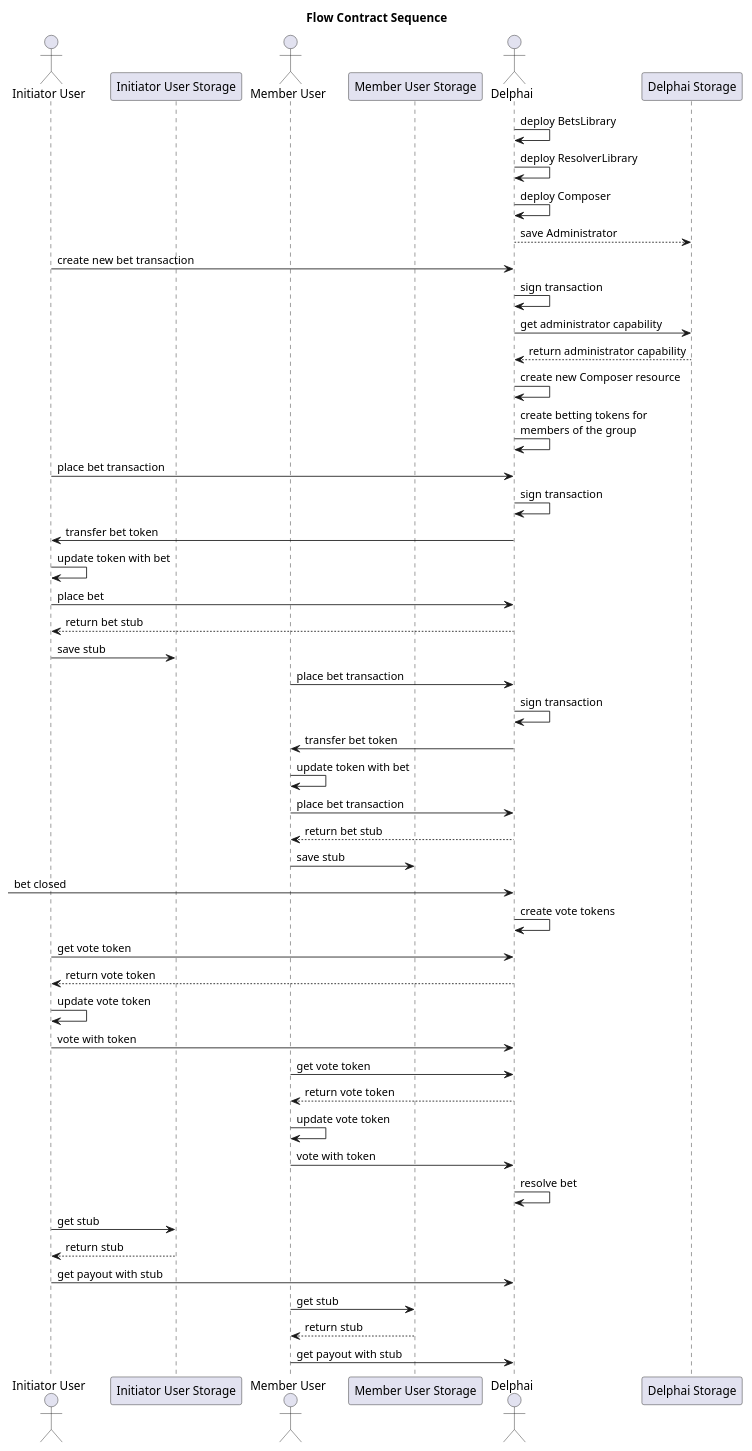
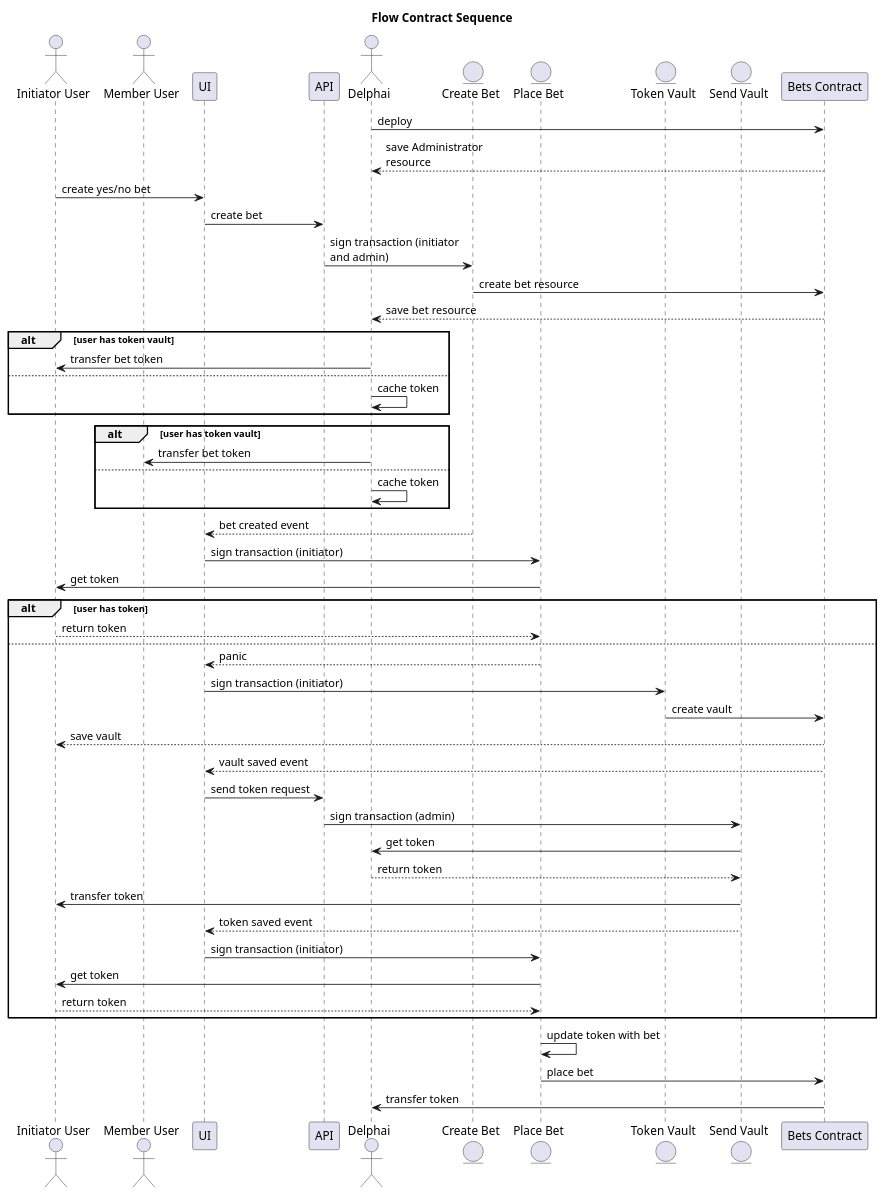
Before and after one commit to adhurjaty/prediction-app: the diagram in docs/Diagrams/src/Architecture/flowContractSequence.puml, drawn with PlantUML.

Commit message:
update to flow sequence diagram

```diff
--- a/docs/Diagrams/src/Architecture/flowContractSequence.puml
+++ b/docs/Diagrams/src/Architecture/flowContractSequence.puml
@@ -1,55 +1,59 @@
 @startuml
 
 title Flow Contract Sequence
 
 actor "Initiator User" as init
-participant "Initiator User Storage" as initStorage
 actor "Member User" as member
-participant "Member User Storage" as memberStorage
+participant UI as ui
+participant API as api
 actor Delphai as delph
-participant "Delphai Storage" as delphStorage
+' entities are transactions
+entity "Create Bet" as createTransaction
+entity "Place Bet" as betTransaction
+entity "Token Vault" as tokenTransaction
+entity "Send Vault" as sendTransaction
+participant "Bets Contract" as contract
 
-delph -> delph : deploy BetsLibrary
-delph -> delph : deploy ResolverLibrary
-delph -> delph : deploy Composer
-delph --> delphStorage : save Administrator
-init -> delph : create new bet transaction
-delph -> delph : sign transaction
-delph -> delphStorage : get administrator capability
-delphStorage --> delph : return administrator capability
-delph -> delph : create new Composer resource
-delph -> delph : create betting tokens for\nmembers of the group
-init -> delph : place bet transaction
-delph -> delph : sign transaction
-delph -> init : transfer bet token
-init -> init : update token with bet
-init -> delph : place bet
-delph --> init : return bet stub
-init -> initStorage : save stub
-member -> delph : place bet transaction
-delph -> delph : sign transaction
-delph -> member : transfer bet token
-member -> member : update token with bet
-member -> delph : place bet transaction
-delph --> member : return bet stub
-member -> memberStorage : save stub
--> delph : bet closed
-delph -> delph : create vote tokens
-init -> delph : get vote token
-delph --> init : return vote token
-init -> init : update vote token
-init -> delph : vote with token
-member -> delph : get vote token
-delph --> member : return vote token
-member -> member : update vote token
-member -> delph : vote with token
-delph -> delph : resolve bet
-init -> initStorage : get stub
-initStorage --> init : return stub
-init -> delph : get payout with stub
-member -> memberStorage : get stub
-memberStorage --> member : return stub
-member -> delph : get payout with stub
-
+delph -> contract : deploy
+contract --> delph : save Administrator\nresource
+init -> ui : create yes/no bet
+ui -> api : create bet
+api -> createTransaction : sign transaction (initiator\nand admin)
+createTransaction -> contract : create bet resource
+contract --> delph : save bet resource
+alt user has token vault
+    delph -> init : transfer bet token
+else
+    delph -> delph : cache token
+end
+alt user has token vault
+    delph -> member : transfer bet token
+else
+    delph -> delph : cache token
+end
+createTransaction --> ui : bet created event
+ui -> betTransaction : sign transaction (initiator)
+betTransaction -> init : get token
+alt user has token
+    init --> betTransaction : return token
+else
+    betTransaction --> ui : panic
+    ui -> tokenTransaction : sign transaction (initiator)
+    tokenTransaction -> contract : create vault
+    contract --> init : save vault
+    contract --> ui : vault saved event
+    ui -> api : send token request
+    api -> sendTransaction : sign transaction (admin)
+    sendTransaction -> delph : get token
+    delph --> sendTransaction : return token
+    sendTransaction -> init : transfer token
+    sendTransaction --> ui : token saved event
+    ui -> betTransaction : sign transaction (initiator)
+    betTransaction -> init : get token
+    init --> betTransaction : return token
+end
+betTransaction -> betTransaction : update token with bet
+betTransaction -> contract : place bet
+contract -> delph : transfer token
 
 @enduml
```
